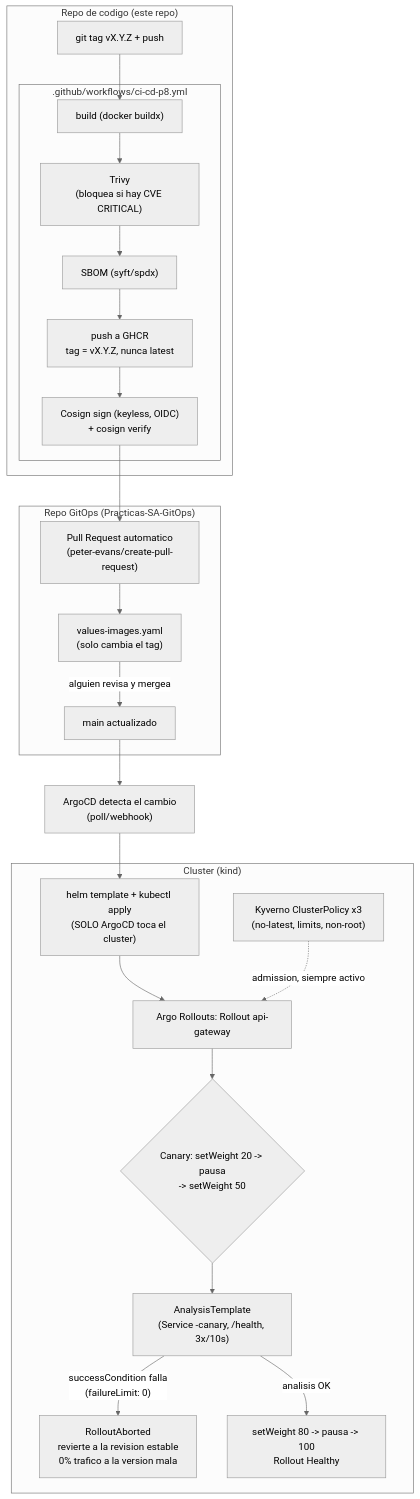
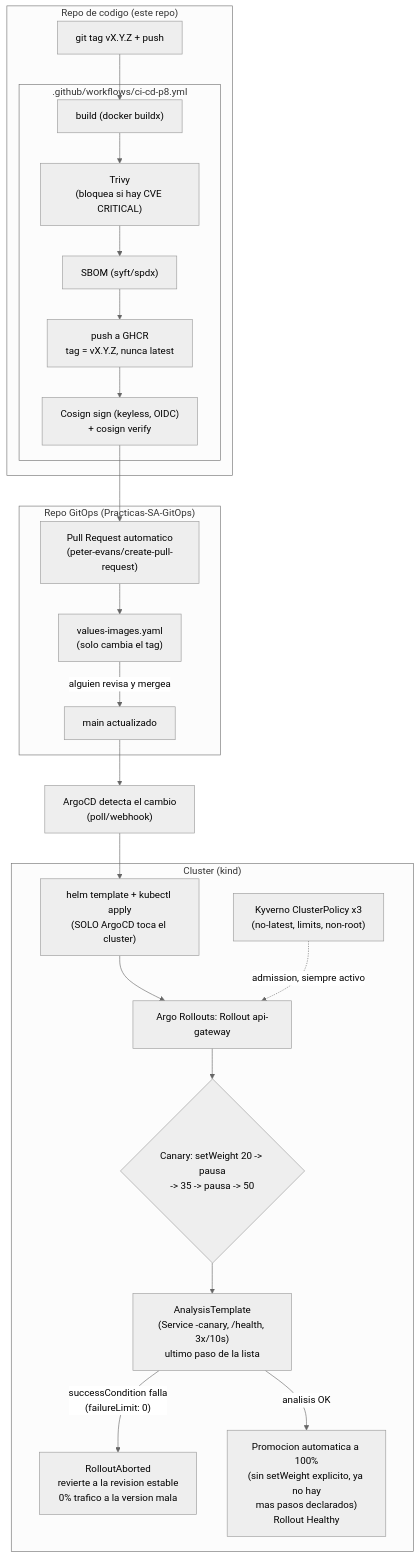
The diagram in P8/doc/Practica8.md (TefiAnaide/Pr-cticas-SA-B-202300547), drawn with Mermaid (neutral theme) before and after one commit. The commit also changed other lines of this file and 2 other files, not shown here.

````diff
--- a/P8/doc/Practica8.md
+++ b/P8/doc/Practica8.md
@@ -38,31 +38,31 @@
 ```mermaid
 flowchart TD
     subgraph repo_codigo["Repo de codigo (este repo)"]
         A["git tag vX.Y.Z + push"] --> B
         subgraph ci[".github/workflows/ci-cd-p8.yml"]
             B["build (docker buildx)"] --> C["Trivy\n(bloquea si hay CVE CRITICAL)"]
             C --> D["SBOM (syft/spdx)"]
             D --> E["push a GHCR\ntag = vX.Y.Z, nunca latest"]
             E --> F["Cosign sign (keyless, OIDC)\n+ cosign verify"]
         end
     end
 
     F --> G["Pull Request automatico\n(peter-evans/create-pull-request)"]
 
     subgraph repo_gitops["Repo GitOps (Practicas-SA-GitOps)"]
         G --> H["values-images.yaml\n(solo cambia el tag)"]
         H -- "alguien revisa y mergea" --> I["main actualizado"]
     end
 
     I --> J["ArgoCD detecta el cambio\n(poll/webhook)"]
     J --> K["helm template + kubectl apply\n(SOLO ArgoCD toca el cluster)"]
 
     subgraph cluster["Cluster (kind)"]
         K --> L["Argo Rollouts: Rollout api-gateway"]
-        L --> M{"Canary: setWeight 20 -> pausa\n-> setWeight 50"}
-        M --> N["AnalysisTemplate\n(Service -canary, /health, 3x/10s)"]
+        L --> M{"Canary: setWeight 20 -> pausa\n-> 35 -> pausa -> 50"}
+        M --> N["AnalysisTemplate\n(Service -canary, /health, 3x/10s)\nultimo paso de la lista"]
         N -- "successCondition falla\n(failureLimit: 0)" --> O["RolloutAborted\nrevierte a la revision estable\n0% trafico a la version mala"]
-        N -- "analisis OK" --> P["setWeight 80 -> pausa -> 100\nRollout Healthy"]
+        N -- "analisis OK" --> P["Promocion automatica a 100%\n(sin setWeight explicito, ya no hay\nmas pasos declarados)\nRollout Healthy"]
         Q["Kyverno ClusterPolicy x3\n(no-latest, limits, non-root)"] -.->|admission, siempre activo| L
     end
 ```
````
